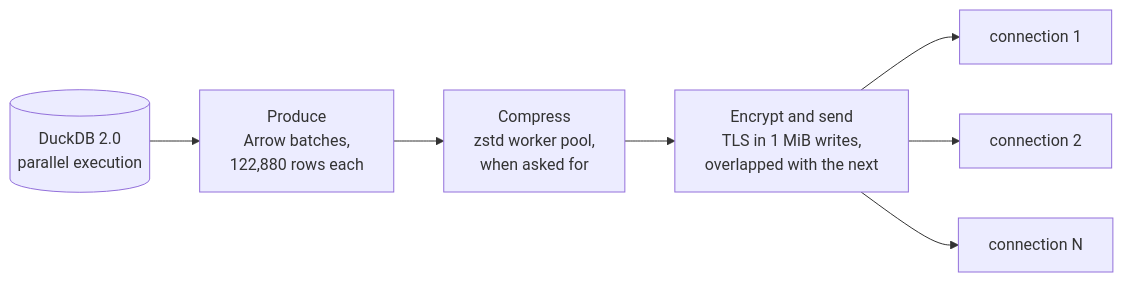
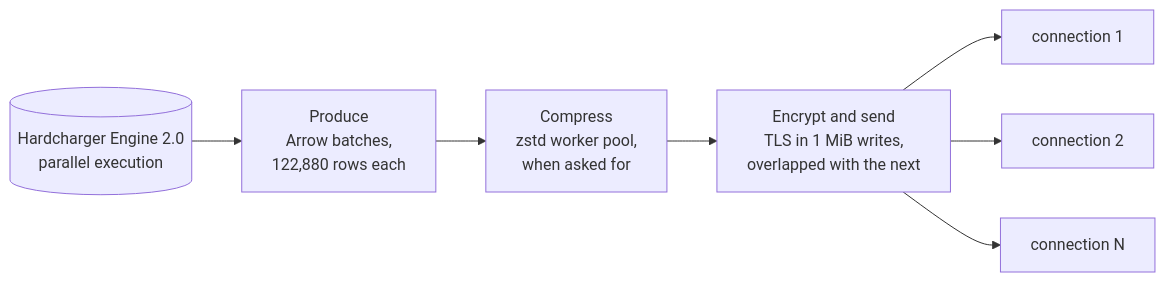
Before and after one commit to gizmodata/hardcharger-docs: the diagram in src/content/docs/concepts/performance-model.mdx, drawn with Mermaid. The commit also changed other lines of this file and 11 other files, not shown here.

First line of the commit message:
Docs 2.14.0.post1: Hardcharger runs on Hardcharger Engine, GizmoData's fork of DuckDB

````diff
--- a/src/content/docs/concepts/performance-model.mdx
+++ b/src/content/docs/concepts/performance-model.mdx
@@ -14,9 +17,9 @@
 ```mermaid
 flowchart LR
-  D[(DuckDB 2.0<br/>parallel execution)] --> P[Produce<br/>Arrow batches,<br/>122,880 rows each]
+  D[(Hardcharger Engine 2.0<br/>parallel execution)] --> P[Produce<br/>Arrow batches,<br/>122,880 rows each]
   P --> Z[Compress<br/>zstd worker pool,<br/>when asked for]
   Z --> T[Encrypt and send<br/>TLS in 1 MiB writes,<br/>overlapped with the next]
   T --> C1[connection 1]
   T --> C2[connection 2]
   T --> CN[connection N]
 ```
````
